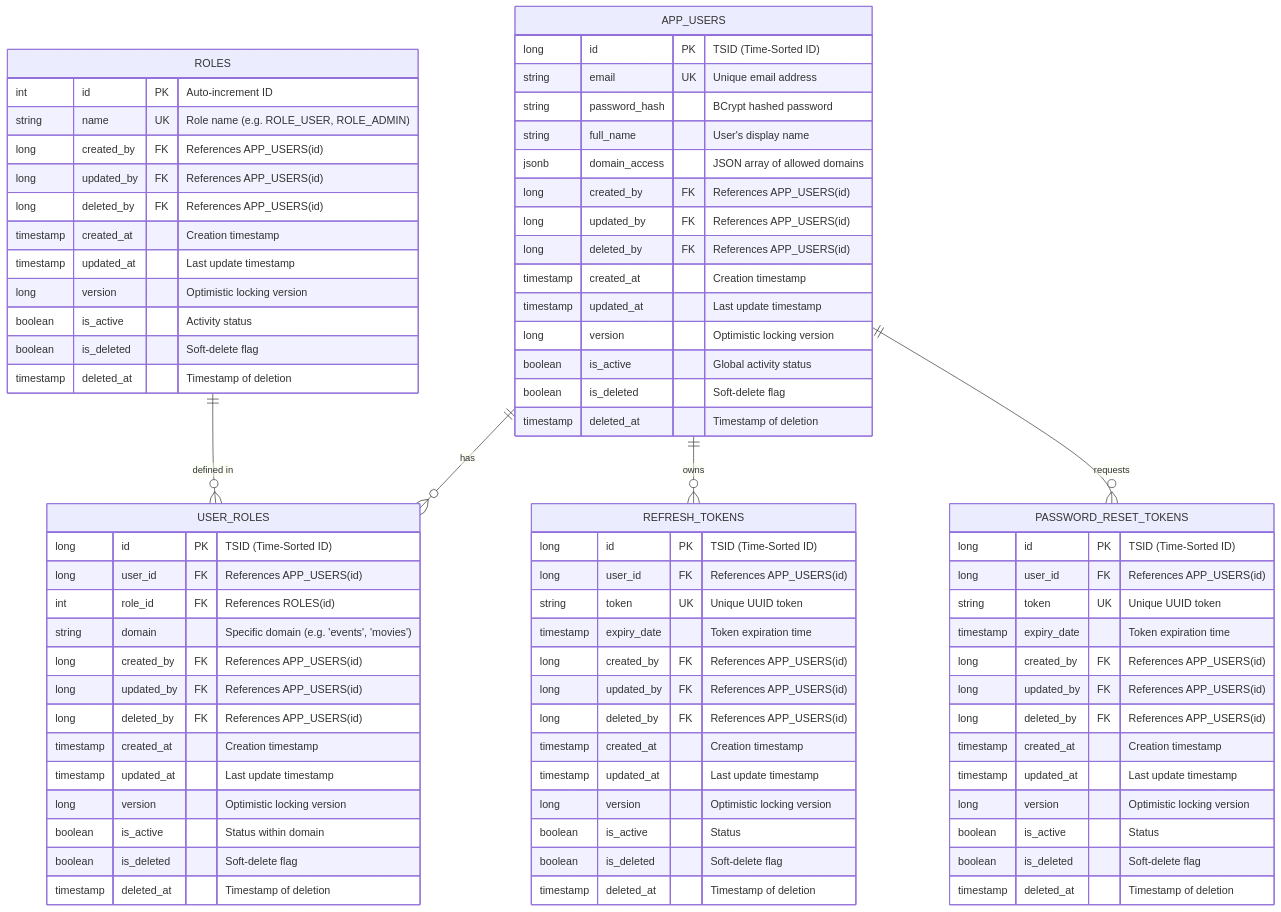
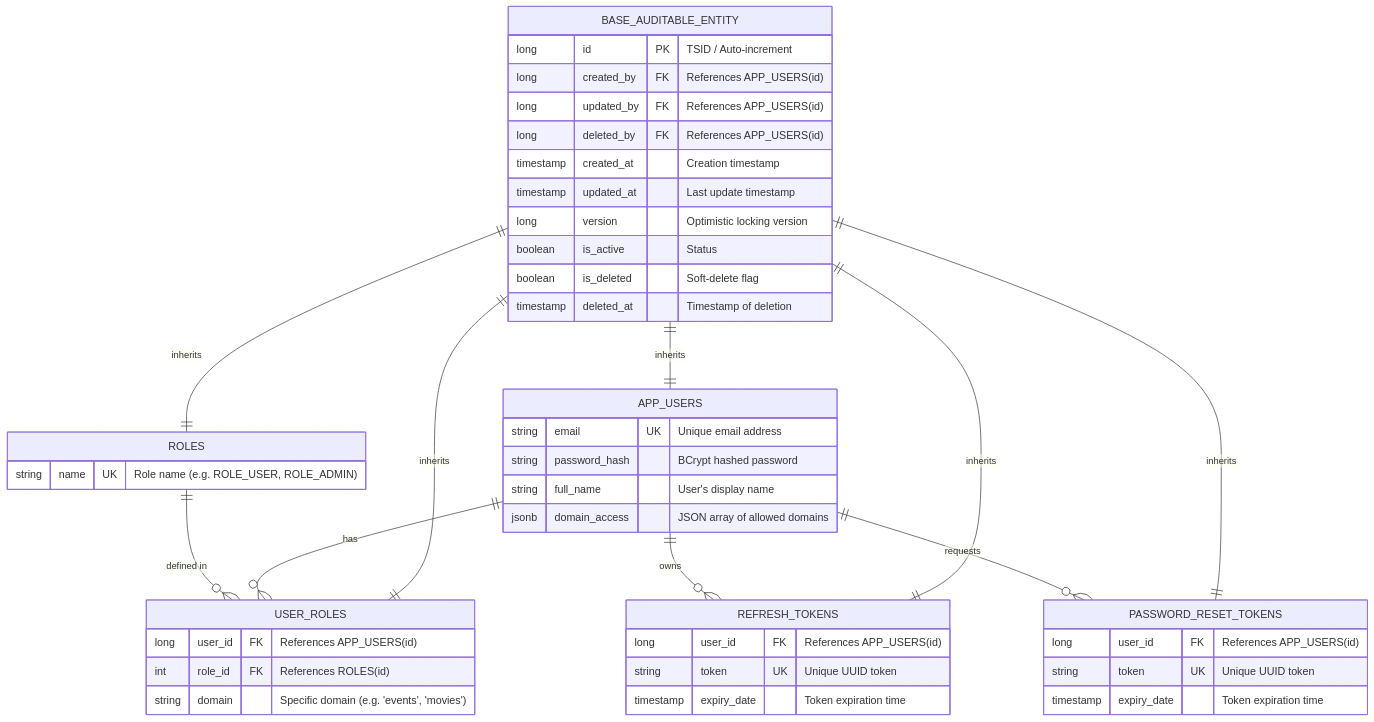
The fifth of 5 diagrams in README.md (Naveen2070/Hive-Identity), drawn with Mermaid before and after one commit.

Commit message:
docs: update ERD to use common base entity pattern

````diff
--- a/README.md
+++ b/README.md
@@ -224,62 +224,18 @@
 ```mermaid
 erDiagram
+    BASE_AUDITABLE_ENTITY ||--|| APP_USERS : "inherits"
+    BASE_AUDITABLE_ENTITY ||--|| ROLES : "inherits"
+    BASE_AUDITABLE_ENTITY ||--|| USER_ROLES : "inherits"
+    BASE_AUDITABLE_ENTITY ||--|| REFRESH_TOKENS : "inherits"
+    BASE_AUDITABLE_ENTITY ||--|| PASSWORD_RESET_TOKENS : "inherits"
+
     APP_USERS ||--o{ USER_ROLES : "has"
     ROLES ||--o{ USER_ROLES : "defined in"
     APP_USERS ||--o{ REFRESH_TOKENS : "owns"
     APP_USERS ||--o{ PASSWORD_RESET_TOKENS : "requests"
 
-    APP_USERS {
-        long id PK "TSID (Time-Sorted ID)"
-        string email UK "Unique email address"
-        string password_hash "BCrypt hashed password"
-        string full_name "User's display name"
-        jsonb domain_access "JSON array of allowed domains"
-        long created_by FK "References APP_USERS(id)"
-        long updated_by FK "References APP_USERS(id)"
-        long deleted_by FK "References APP_USERS(id)"
-        timestamp created_at "Creation timestamp"
-        timestamp updated_at "Last update timestamp"
-        long version "Optimistic locking version"
-        boolean is_active "Global activity status"
-        boolean is_deleted "Soft-delete flag"
-        timestamp deleted_at "Timestamp of deletion"
-    }
-
-    ROLES {
-        int id PK "Auto-increment ID"
-        string name UK "Role name (e.g. ROLE_USER, ROLE_ADMIN)"
-        long created_by FK "References APP_USERS(id)"
-        long updated_by FK "References APP_USERS(id)"
-        long deleted_by FK "References APP_USERS(id)"
-        timestamp created_at "Creation timestamp"
-        timestamp updated_at "Last update timestamp"
-        long version "Optimistic locking version"
-        boolean is_active "Activity status"
-        boolean is_deleted "Soft-delete flag"
-        timestamp deleted_at "Timestamp of deletion"
-    }
-
-    USER_ROLES {
-        long id PK "TSID (Time-Sorted ID)"
-        long user_id FK "References APP_USERS(id)"
-        int role_id FK "References ROLES(id)"
-        string domain "Specific domain (e.g. 'events', 'movies')"
-        long created_by FK "References APP_USERS(id)"
-        long updated_by FK "References APP_USERS(id)"
-        long deleted_by FK "References APP_USERS(id)"
-        timestamp created_at "Creation timestamp"
-        timestamp updated_at "Last update timestamp"
-        long version "Optimistic locking version"
-        boolean is_active "Status within domain"
-        boolean is_deleted "Soft-delete flag"
-        timestamp deleted_at "Timestamp of deletion"
-    }
-
-    REFRESH_TOKENS {
-        long id PK "TSID (Time-Sorted ID)"
-        long user_id FK "References APP_USERS(id)"
-        string token UK "Unique UUID token"
-        timestamp expiry_date "Token expiration time"
+    BASE_AUDITABLE_ENTITY {
+        long id PK "TSID / Auto-increment"
         long created_by FK "References APP_USERS(id)"
         long updated_by FK "References APP_USERS(id)"
         long deleted_by FK "References APP_USERS(id)"
@@ -291,19 +247,32 @@
         timestamp deleted_at "Timestamp of deletion"
     }
 
-    PASSWORD_RESET_TOKENS {
-        long id PK "TSID (Time-Sorted ID)"
+    APP_USERS {
+        string email UK "Unique email address"
+        string password_hash "BCrypt hashed password"
+        string full_name "User's display name"
+        jsonb domain_access "JSON array of allowed domains"
+    }
+
+    ROLES {
+        string name UK "Role name (e.g. ROLE_USER, ROLE_ADMIN)"
+    }
+
+    USER_ROLES {
+        long user_id FK "References APP_USERS(id)"
+        int role_id FK "References ROLES(id)"
+        string domain "Specific domain (e.g. 'events', 'movies')"
+    }
+
+    REFRESH_TOKENS {
         long user_id FK "References APP_USERS(id)"
         string token UK "Unique UUID token"
         timestamp expiry_date "Token expiration time"
-        long created_by FK "References APP_USERS(id)"
-        long updated_by FK "References APP_USERS(id)"
-        long deleted_by FK "References APP_USERS(id)"
-        timestamp created_at "Creation timestamp"
-        timestamp updated_at "Last update timestamp"
-        long version "Optimistic locking version"
-        boolean is_active "Status"
-        boolean is_deleted "Soft-delete flag"
-        timestamp deleted_at "Timestamp of deletion"
+    }
+
+    PASSWORD_RESET_TOKENS {
+        long user_id FK "References APP_USERS(id)"
+        string token UK "Unique UUID token"
+        timestamp expiry_date "Token expiration time"
     }
 ```
````
